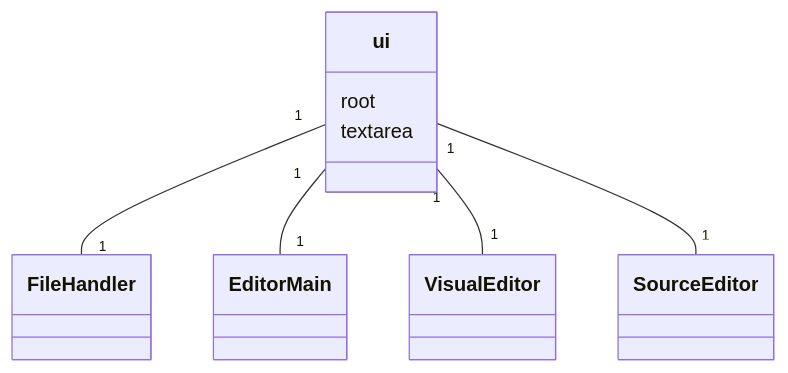
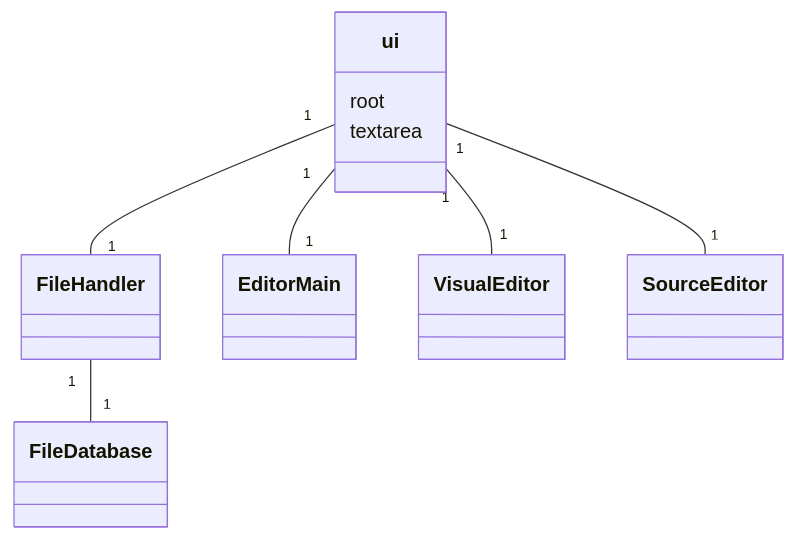
The diagram in dokumentaatio/arkkitehtuuri.md (pondbackjunior/ot-harjoitustyo), drawn with Mermaid before and after one commit. The commit also changed 3 other files, not shown here.

````diff
--- a/dokumentaatio/arkkitehtuuri.md
+++ b/dokumentaatio/arkkitehtuuri.md
@@ -1,12 +1,13 @@
 ```mermaid
  classDiagram
     ui "1" -- "1" FileHandler
     ui "1" -- "1" EditorMain
     ui "1" -- "1" VisualEditor
     ui "1" -- "1" SourceEditor
+    FileHandler "1" -- "1" FileDatabase
 
     class ui{
         root
         textarea
     }
 ```
````
